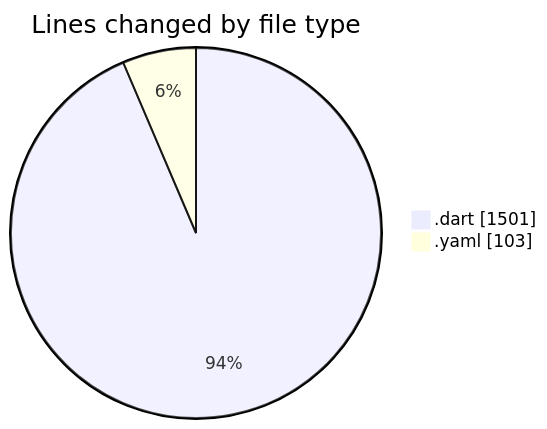
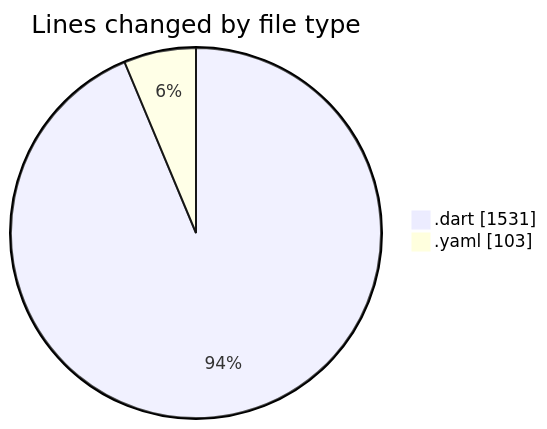
One commit to donsfak/code-tracking changed the first of 2 diagrams in 2025-02-25/trackers_app/README.md. Above: the diagram before and after it, drawn with Mermaid. The commit also changed other lines of this file and 1 other file, not shown here.

````diff
--- a/2025-02-25/trackers_app/README.md
+++ b/2025-02-25/trackers_app/README.md
@@ -29,6 +29,6 @@
 ```mermaid
 pie showData
 title Lines changed by file type
-".dart" : 1501
+".dart" : 1531
 ".yaml" : 103
 ```
````
